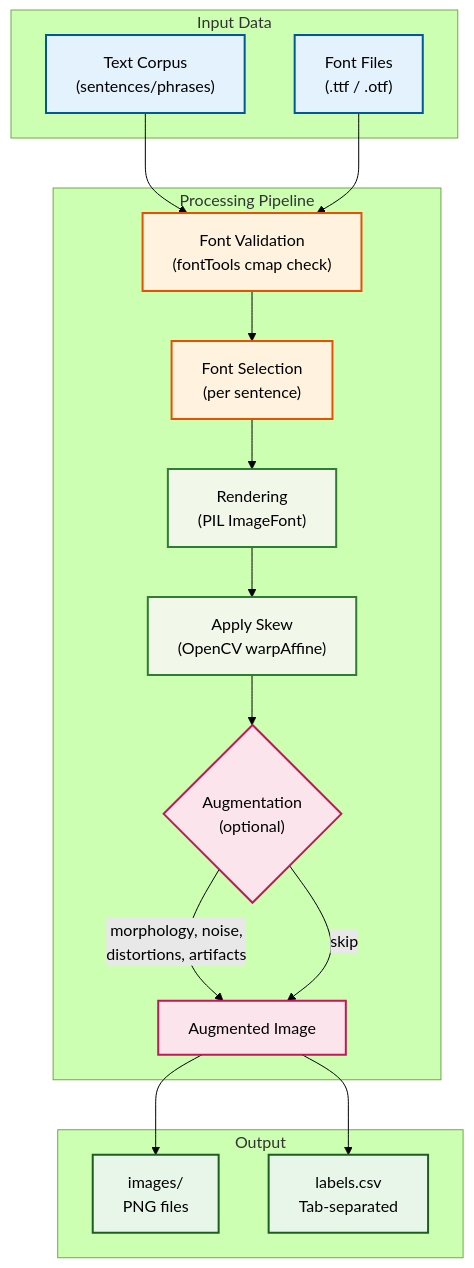
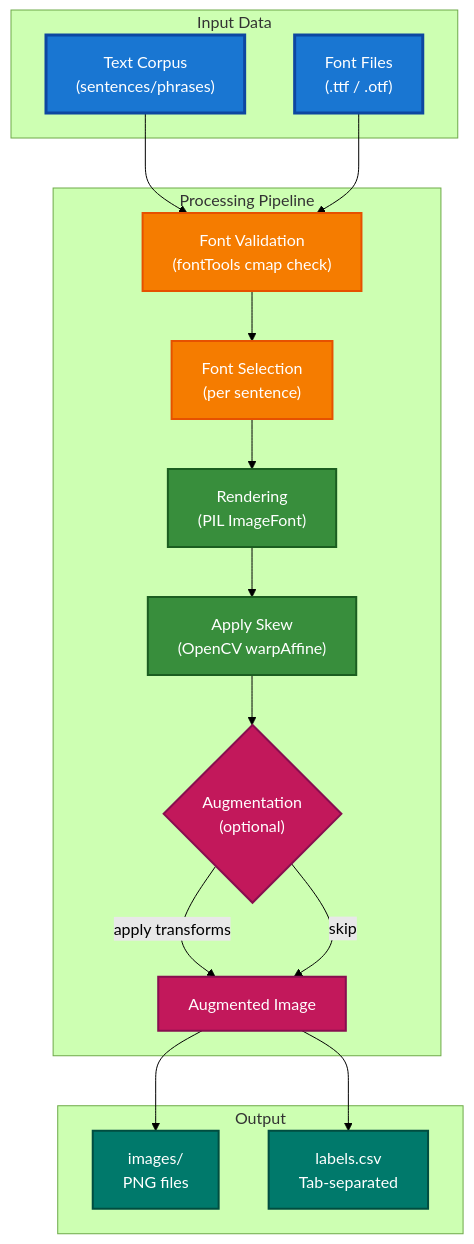
One commit to ValeriiSielikhov/ukrainian-handwriting-synth changed the second of 2 diagrams in README.md. Above: the diagram before and after it, drawn with Mermaid (forest theme). The commit also changed other lines of this file, not shown here.

````diff
--- a/README.md
+++ b/README.md
@@ -77,42 +77,42 @@
 ```mermaid
 ---
 config:
   layout: dagre
 ---
 flowchart TD
-    classDef input fill:#e3f2fd,stroke:#01579b,stroke-width:2px
-    classDef process fill:#fff3e0,stroke:#e65100,stroke-width:2px
-    classDef render fill:#f1f8e9,stroke:#2e7d32,stroke-width:2px
-    classDef augment fill:#fce4ec,stroke:#c2185b,stroke-width:2px
-    classDef output fill:#e8f5e9,stroke:#1b5e20,stroke-width:2px
+    classDef input fill:#1976d2,stroke:#0d47a1,stroke-width:3px,color:#fff
+    classDef process fill:#f57c00,stroke:#e65100,stroke-width:2px,color:#fff
+    classDef render fill:#388e3c,stroke:#1b5e20,stroke-width:2px,color:#fff
+    classDef augment fill:#c2185b,stroke:#880e4f,stroke-width:2px,color:#fff
+    classDef output fill:#00796b,stroke:#004d40,stroke-width:2px,color:#fff
 
     subgraph Input["Input Data"]
         Text["Text Corpus<br/>(sentences/phrases)"]:::input
         FontDir["Font Files<br/>(.ttf / .otf)"]:::input
     end
 
     subgraph Processing["Processing Pipeline"]
         Validation["Font Validation<br/>(fontTools cmap check)"]:::process
         Selection["Font Selection<br/>(per sentence)"]:::process
         Render["Rendering<br/>(PIL ImageFont)"]:::render
         Skew["Apply Skew<br/>(OpenCV warpAffine)"]:::render
         Augment{"Augmentation<br/>(optional)"}:::augment
         AugOut["Augmented Image"]:::augment
     end
 
     subgraph Output["Output"]
         Images["images/<br/>PNG files"]:::output
         Labels["labels.csv<br/>Tab-separated"]:::output
     end
 
     Text --> Validation
     FontDir --> Validation
     Validation --> Selection
     Selection --> Render
     Render --> Skew
     Skew --> Augment
-    Augment -->|"morphology, noise,<br/>distortions, artifacts"| AugOut
+    Augment -->|"apply transforms"| AugOut
     Augment -->|"skip"| AugOut
     AugOut --> Images
     AugOut --> Labels
 ```
````
